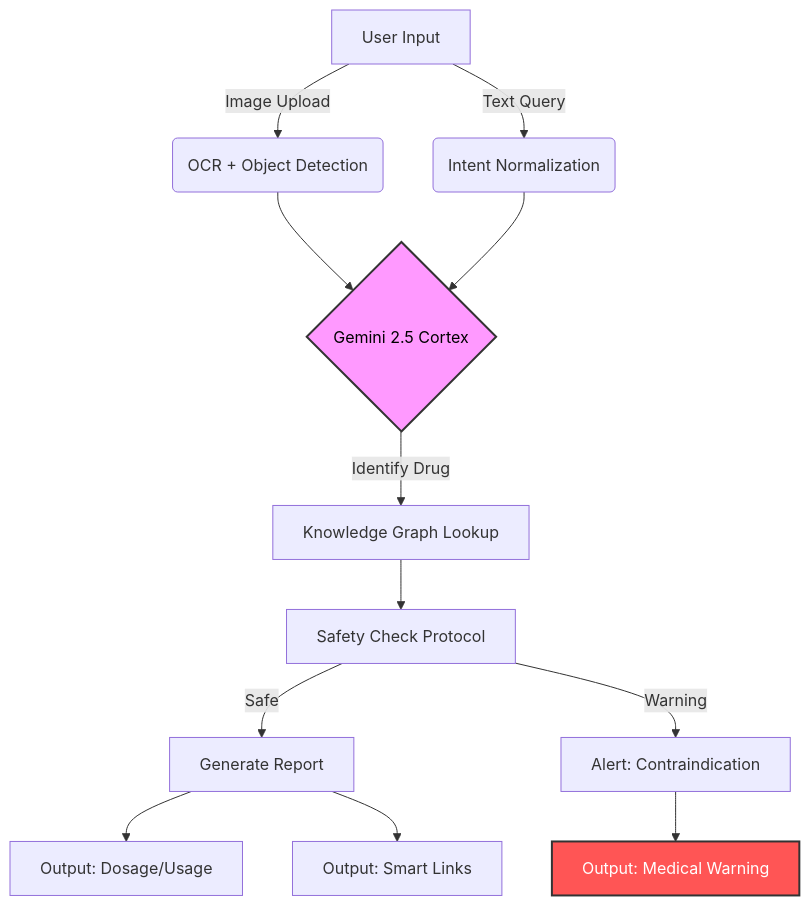
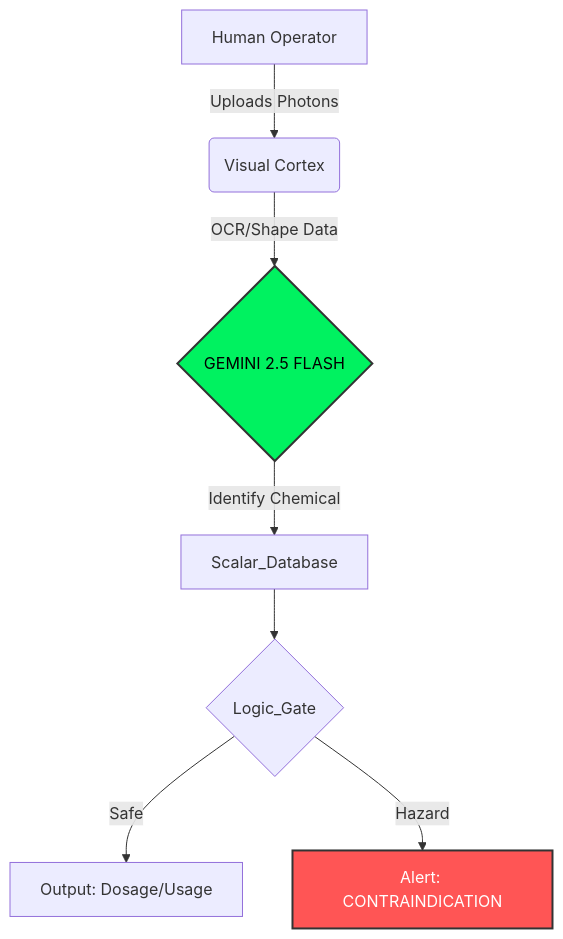
One commit to manishpatil55/drug-detect-plus changed the diagram in README.md. Above: the diagram before and after it, drawn with Mermaid. The commit also changed other lines of this file, not shown here.

````diff
--- a/README.md
+++ b/README.md
@@ -66,19 +50,12 @@
 ```mermaid
 graph TD
-    A[User Input] -->|Image Upload| B(OCR + Object Detection)
-    A -->|Text Query| C(Intent Normalization)
-    B --> D{Gemini 2.5 Cortex}
-    C --> D
+    A[Human Operator] -->|Uploads Photons| B(Visual Cortex)
+    B -->|OCR/Shape Data| C{GEMINI 2.5 FLASH}
+    C -->|Identify Chemical| D[Scalar_Database]
+    D --> E{Logic_Gate}
+    E -->|Safe| F[Output: Dosage/Usage]
+    E -->|Hazard| G[Alert: CONTRAINDICATION]
     
-    D -->|Identify Drug| E[Knowledge Graph Lookup]
-    E --> F[Safety Check Protocol]
-    F -->|Safe| G[Generate Report]
-    F -->|Warning| H[Alert: Contraindication]
-    
-    G --> I[Output: Dosage/Usage]
-    G --> J[Output: Smart Links]
-    H --> K[Output: Medical Warning]
-    
-    style D fill:#f9f,stroke:#333,stroke-width:2px,color:black
-    style K fill:#ff5555,stroke:#333,stroke-width:2px,color:white
+    style C fill:#00f260,stroke:#333,stroke-width:2px,color:black
+    style G fill:#ff5555,stroke:#333,stroke-width:2px,color:white
 ```
````
